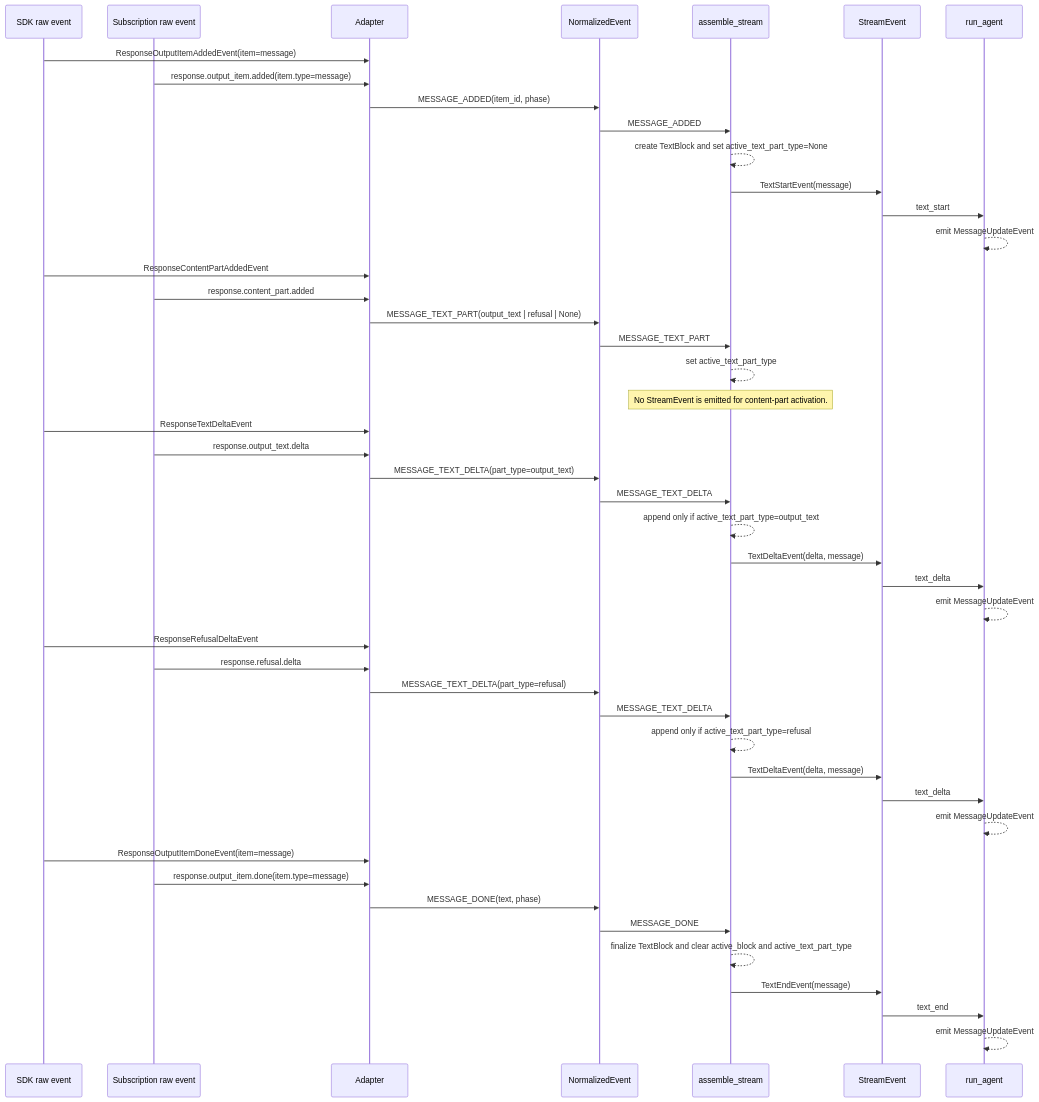
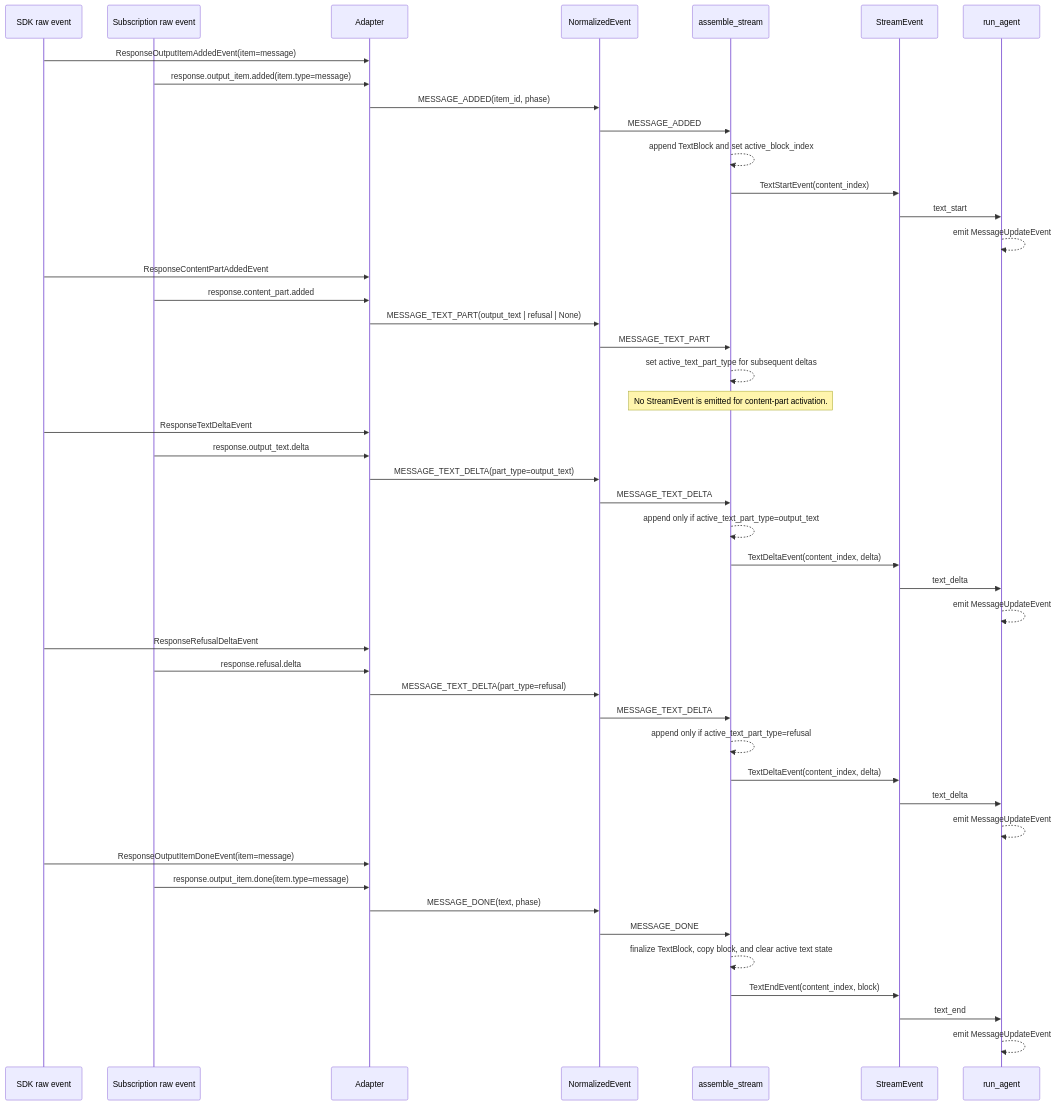
One commit to muneebshahid/tile changed the fourth of 8 diagrams in docs/openai-stream-event-lifecycle.md. Above: the diagram before and after it, drawn with Mermaid. The commit also changed other lines of this file and 19 other files, not shown here.

First line of the commit message:
[codex] Refactor agent stream event contracts (#5)

````diff
--- a/docs/openai-stream-event-lifecycle.md
+++ b/docs/openai-stream-event-lifecycle.md
@@ -119,53 +116,53 @@
 ```mermaid
 sequenceDiagram
     participant SDK as SDK raw event
     participant Sub as Subscription raw event
     participant Adapter as Adapter
     participant Norm as NormalizedEvent
     participant Asm as assemble_stream
     participant Stream as StreamEvent
     participant Agent as run_agent
 
     SDK->>Adapter: ResponseOutputItemAddedEvent(item=message)
     Sub->>Adapter: response.output_item.added(item.type=message)
     Adapter->>Norm: MESSAGE_ADDED(item_id, phase)
     Norm->>Asm: MESSAGE_ADDED
-    Asm-->>Asm: create TextBlock and set active_text_part_type=None
-    Asm->>Stream: TextStartEvent(message)
+    Asm-->>Asm: append TextBlock and set active_block_index
+    Asm->>Stream: TextStartEvent(content_index)
     Stream->>Agent: text_start
     Agent-->>Agent: emit MessageUpdateEvent
 
     SDK->>Adapter: ResponseContentPartAddedEvent
     Sub->>Adapter: response.content_part.added
     Adapter->>Norm: MESSAGE_TEXT_PART(output_text | refusal | None)
     Norm->>Asm: MESSAGE_TEXT_PART
-    Asm-->>Asm: set active_text_part_type
+    Asm-->>Asm: set active_text_part_type for subsequent deltas
     Note over Asm: No StreamEvent is emitted for content-part activation.
 
     SDK->>Adapter: ResponseTextDeltaEvent
     Sub->>Adapter: response.output_text.delta
     Adapter->>Norm: MESSAGE_TEXT_DELTA(part_type=output_text)
     Norm->>Asm: MESSAGE_TEXT_DELTA
     Asm-->>Asm: append only if active_text_part_type=output_text
-    Asm->>Stream: TextDeltaEvent(delta, message)
+    Asm->>Stream: TextDeltaEvent(content_index, delta)
     Stream->>Agent: text_delta
     Agent-->>Agent: emit MessageUpdateEvent
 
     SDK->>Adapter: ResponseRefusalDeltaEvent
     Sub->>Adapter: response.refusal.delta
     Adapter->>Norm: MESSAGE_TEXT_DELTA(part_type=refusal)
     Norm->>Asm: MESSAGE_TEXT_DELTA
     Asm-->>Asm: append only if active_text_part_type=refusal
-    Asm->>Stream: TextDeltaEvent(delta, message)
+    Asm->>Stream: TextDeltaEvent(content_index, delta)
     Stream->>Agent: text_delta
     Agent-->>Agent: emit MessageUpdateEvent
 
     SDK->>Adapter: ResponseOutputItemDoneEvent(item=message)
     Sub->>Adapter: response.output_item.done(item.type=message)
     Adapter->>Norm: MESSAGE_DONE(text, phase)
     Norm->>Asm: MESSAGE_DONE
-    Asm-->>Asm: finalize TextBlock and clear active_block and active_text_part_type
-    Asm->>Stream: TextEndEvent(message)
+    Asm-->>Asm: finalize TextBlock, copy block, and clear active text state
+    Asm->>Stream: TextEndEvent(content_index, block)
     Stream->>Agent: text_end
     Agent-->>Agent: emit MessageUpdateEvent
 ```
````
